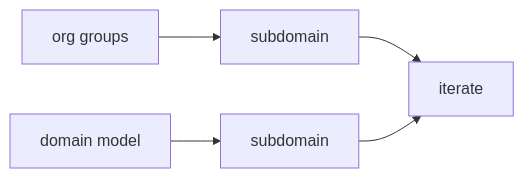
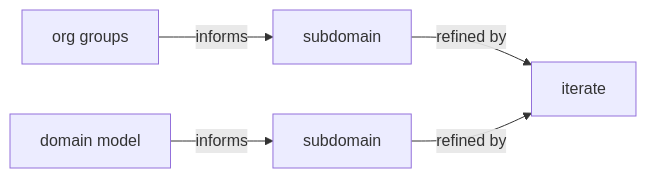
Diagram 12 of 13 in docs/ch04-decompose-by-subdomain.md (vinayakuber/microservices-io-study-guide), drawn with Mermaid before and after one commit. The commit also changed other lines of this file and 71 other files, not shown here.

First line of the commit message:
R18: label every diagram arrow with its meaning

````diff
--- a/docs/ch04-decompose-by-subdomain.md
+++ b/docs/ch04-decompose-by-subdomain.md
@@ -418,7 +418,7 @@
 ```mermaid
 flowchart LR
-  ORG["org groups"] --> SUB1["subdomain"]
-  DM["domain model"] --> SUB2["subdomain"]
-  SUB1 --> IT["iterate"]
-  SUB2 --> IT
+  ORG["org groups"] -->|"informs"| SUB1["subdomain"]
+  DM["domain model"] -->|"informs"| SUB2["subdomain"]
+  SUB1 -->|"refined by"| IT["iterate"]
+  SUB2 -->|"refined by"| IT
 ```
````
